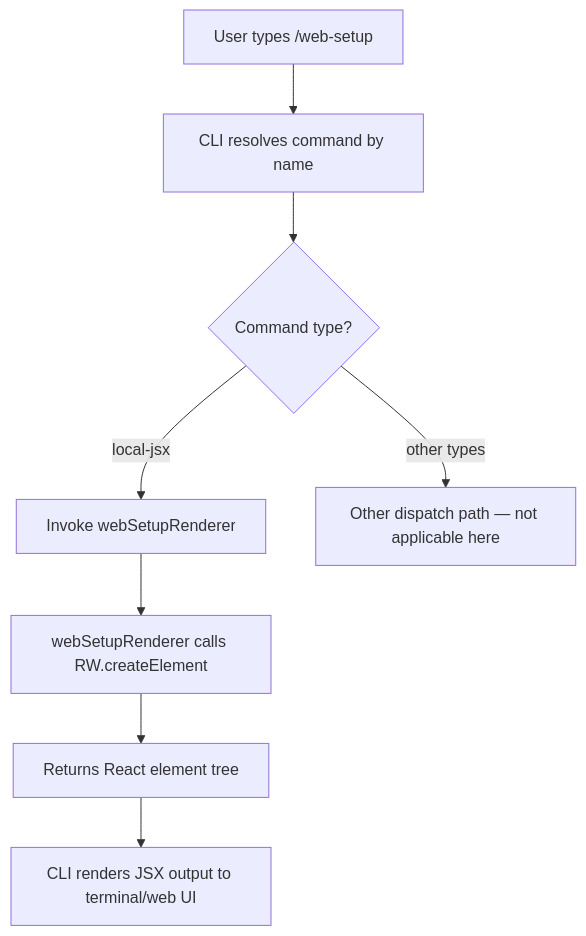
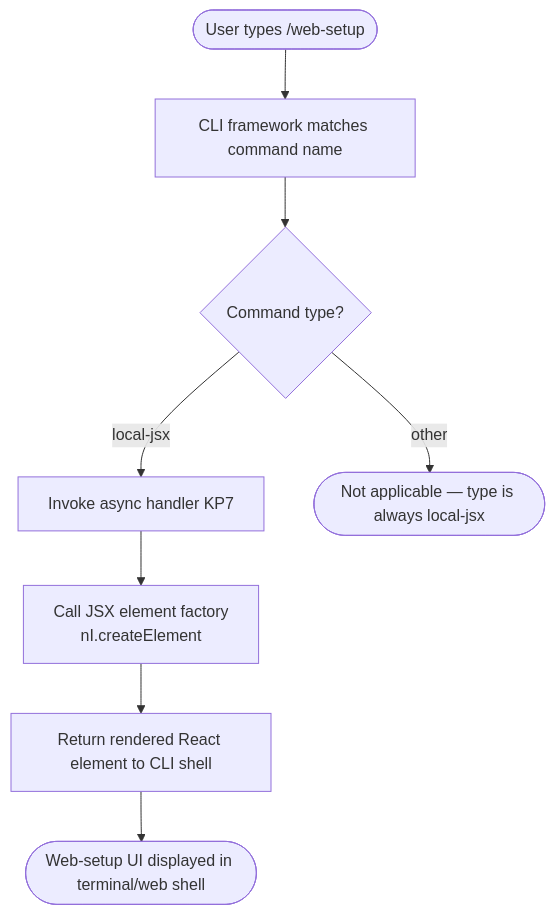
Before and after one commit to MyLittleLuckyDog/cc-gnothi: the diagram in versions/v2.1.143/web-setup.md, drawn with Mermaid. The commit also changed other lines of this file and 483 other files, not shown here.

````diff
--- a/versions/v2.1.143/web-setup.md
+++ b/versions/v2.1.143/web-setup.md
@@ -45,10 +56,10 @@
 ```mermaid
 flowchart TD
-    A[User types /web-setup] --> B[CLI resolves command by name]
+    A([User types /web-setup]) --> B[CLI framework matches command name]
     B --> C{Command type?}
-    C -- local-jsx --> D[Invoke webSetupRenderer]
-    C -- other types --> E[Other dispatch path — not applicable here]
-    D --> F[webSetupRenderer calls RW.createElement]
-    F --> G[Returns React element tree]
-    G --> H[CLI renders JSX output to terminal/web UI]
+    C -- local-jsx --> D[Invoke async handler KP7]
+    D --> E[Call JSX element factory\nnI.createElement]
+    E --> F[Return rendered React element to CLI shell]
+    F --> G([Web-setup UI displayed in terminal/web shell])
+    C -- other --> Z([Not applicable — type is always local-jsx])
 ```
````
